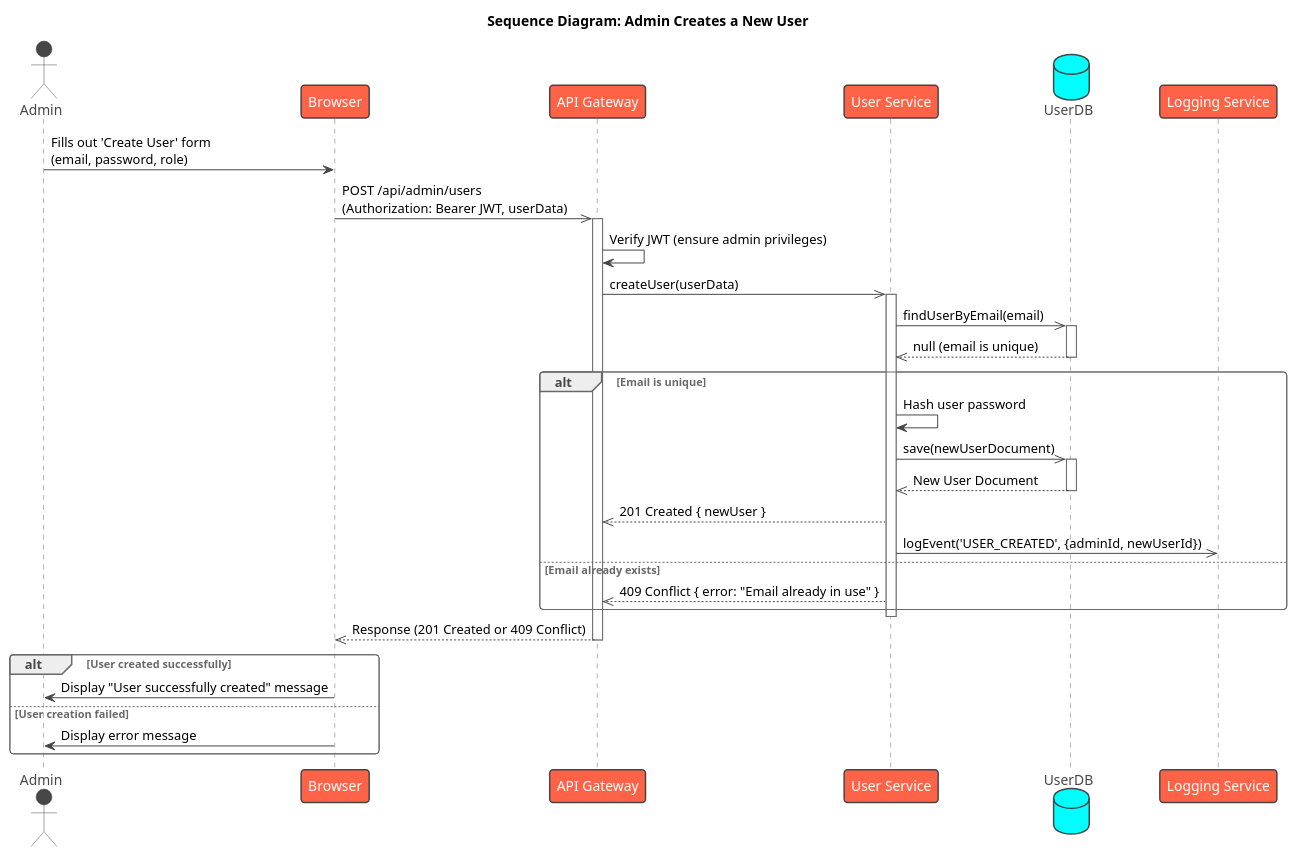
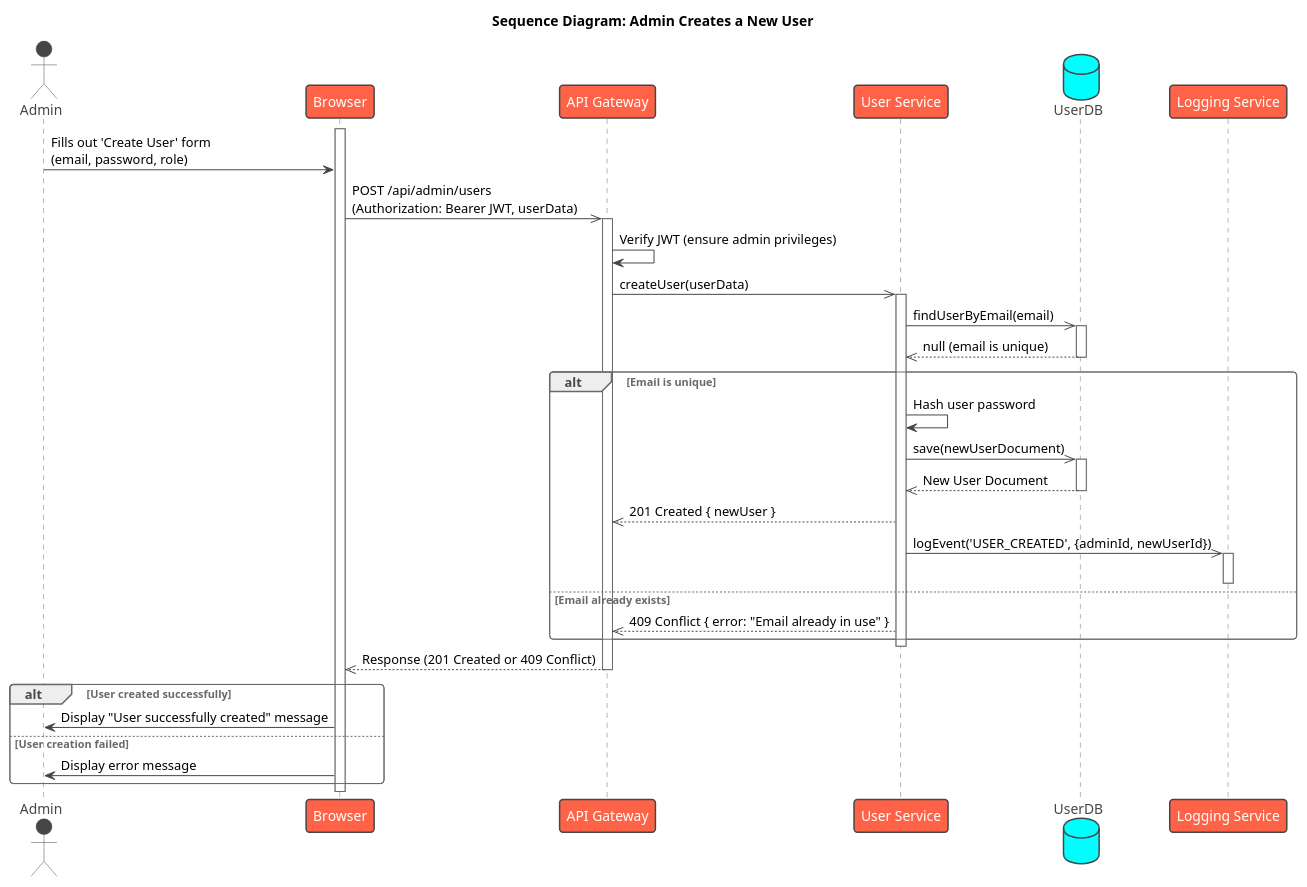
The diagram in UML/Sequences/Admin/AdminUserCreationSeq.puml (Arado3333/PageByPage_Israel_Arad), drawn with PlantUML before and after one commit. The commit also changed 17 other files, not shown here.

Commit message:
updated diagrams

```diff
--- a/UML/Sequences/Admin/AdminUserCreationSeq.puml
+++ b/UML/Sequences/Admin/AdminUserCreationSeq.puml
@@ -1,52 +1,55 @@
 @startuml
 !theme vibrant
 
 title Sequence Diagram: Admin Creates a New User
 
 actor Admin
 participant Browser
 participant "API Gateway" as Gateway
 participant "User Service" as UserService
 database "UserDB"
 participant "Logging Service" as LoggingService
 
+activate Browser
 Admin -> Browser : Fills out 'Create User' form\n(email, password, role)
 Browser ->> Gateway : POST /api/admin/users\n(Authorization: Bearer JWT, userData)
 activate Gateway
 
 Gateway -> Gateway : Verify JWT (ensure admin privileges)
 Gateway ->> UserService : createUser(userData)
 activate UserService
 
 UserService ->> UserDB : findUserByEmail(email)
 activate UserDB
 UserDB -->> UserService : null (email is unique)
 deactivate UserDB
 
 alt Email is unique
     UserService -> UserService : Hash user password
     UserService ->> UserDB : save(newUserDocument)
     activate UserDB
     UserDB -->> UserService : New User Document
     deactivate UserDB
 
     UserService -->> Gateway : 201 Created { newUser }
     
     ' Asynchronous Logging
+    
     UserService ->> LoggingService : logEvent('USER_CREATED', {adminId, newUserId})
-
+    activate LoggingService
+    deactivate LoggingService
 else Email already exists
     UserService -->> Gateway : 409 Conflict { error: "Email already in use" }
 end
 
 deactivate UserService
 Gateway -->> Browser : Response (201 Created or 409 Conflict)
 deactivate Gateway
 
 alt User created successfully
     Browser -> Admin : Display "User successfully created" message
 else User creation failed
     Browser -> Admin : Display error message
 end
 
 @enduml
```
